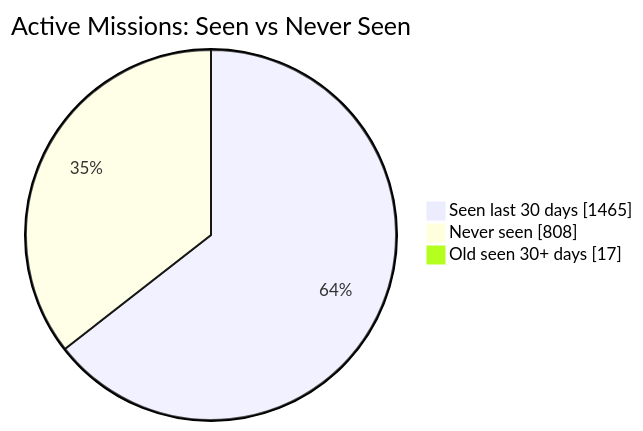
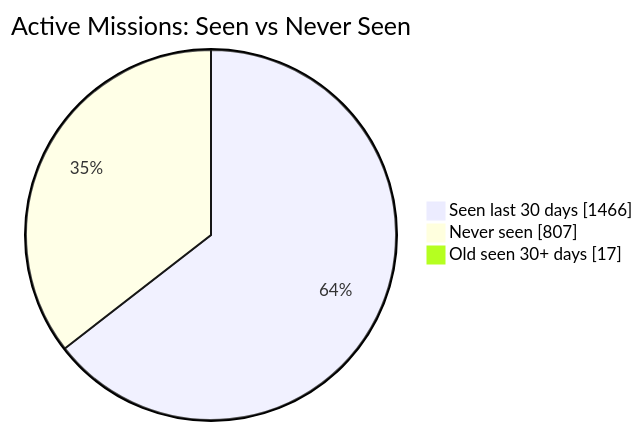
Before and after one commit to MeldkamerspelGameTeam/active-missions: the first of 2 diagrams in README.md, drawn with Mermaid. The commit also changed other lines of this file and 3 other files, not shown here.

````diff
--- a/README.md
+++ b/README.md
@@ -34,7 +34,7 @@
 ```mermaid
 pie showData
     title Active Missions: Seen vs Never Seen
-    "Seen last 30 days" : 1465
-    "Never seen" : 808
+    "Seen last 30 days" : 1466
+    "Never seen" : 807
     "Old seen 30+ days" : 17
 ```
````
